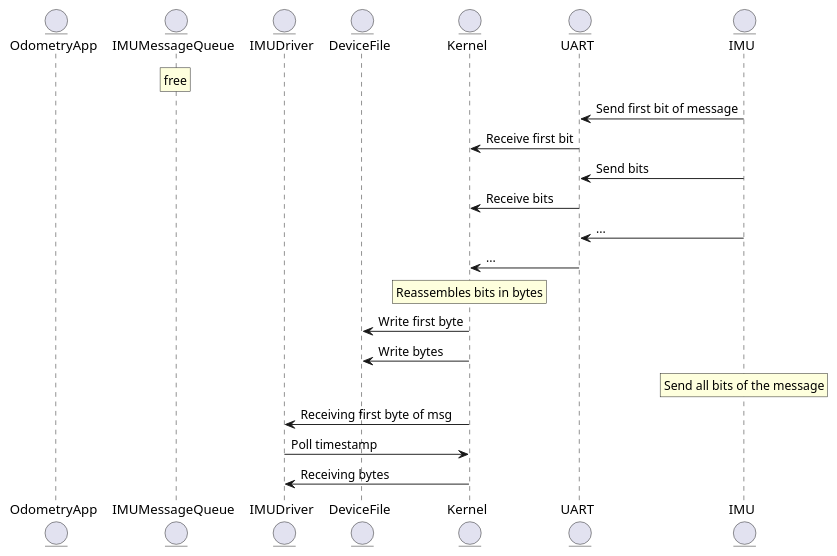
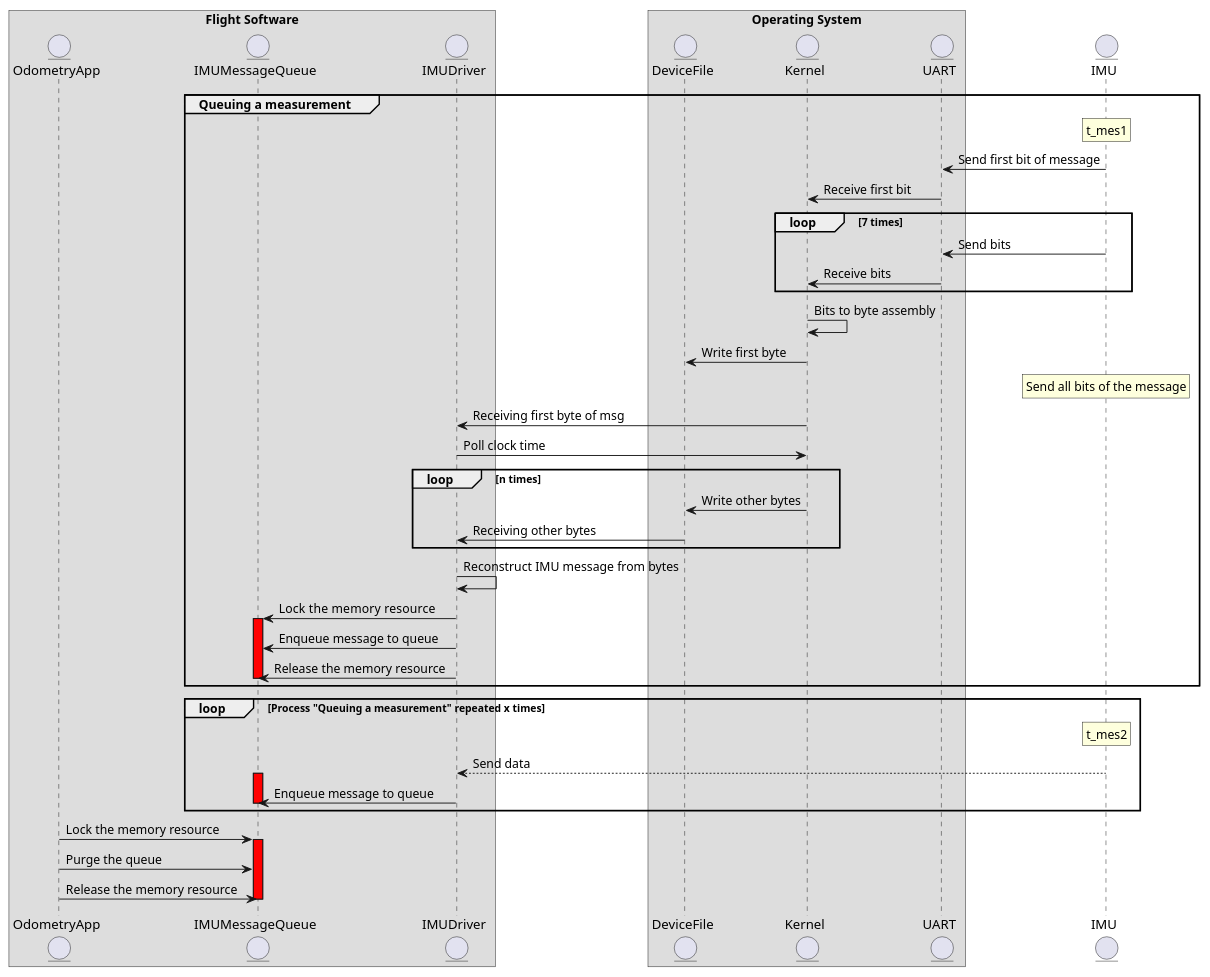
Before and after one commit to renn0xtek9/assignment: the diagram in documentation/requirements_engineering/diagrams/high_level_sys_overview.plantuml, drawn with PlantUML. The commit also changed 8 other files, not shown here.

```diff
--- a/documentation/requirements_engineering/diagrams/high_level_sys_overview.plantuml
+++ b/documentation/requirements_engineering/diagrams/high_level_sys_overview.plantuml
@@ -1,38 +1,65 @@
 @startuml
+box Flight Software
+    entity OdometryApp
+    entity IMUMessageQueue
+    entity IMUDriver
+end box
 
-entity OdometryApp
-entity IMUMessageQueue
-entity IMUDriver
-entity DeviceFile
-entity Kernel
-entity UART
+box Operating System
+    entity DeviceFile
+    entity Kernel
+    entity UART
+end box
 entity IMU
 
-rnote over IMUMessageQueue
-    free
-endrnote
+group Queuing a measurement
+    rnote over IMU
+        t_mes1
+    endrnote
+    IMU -> UART: Send first bit of message
+    UART -> Kernel: Receive first bit
+    loop 7 times
+        IMU -> UART: Send bits
+        UART -> Kernel: Receive bits
+    end
 
-IMU -> UART: Send first bit of message
-UART -> Kernel: Receive first bit
-IMU -> UART: Send bits
-UART -> Kernel: Receive bits
-IMU -> UART: ...
-UART -> Kernel: ...
+    Kernel -> Kernel: Bits to byte assembly
 
-rnote over Kernel
-    Reassembles bits in bytes
-endrnote
-Kernel -> DeviceFile: Write first byte
-Kernel -> DeviceFile: Write bytes
+    Kernel -> DeviceFile: Write first byte
 
-rnote over IMU
-    Send all bits of the message
-endrnote
+    rnote over IMU
+        Send all bits of the message
+    endrnote
 
-Kernel -> IMUDriver: Receiving first byte of msg
-IMUDriver -> Kernel: Poll timestamp
-Kernel -> IMUDriver: Receiving bytes
+    Kernel -> IMUDriver: Receiving first byte of msg
+    IMUDriver -> Kernel: Poll clock time
+    loop n times
+        Kernel -> DeviceFile: Write other bytes
+        DeviceFile -> IMUDriver: Receiving other bytes
+    end
+    IMUDriver ->IMUDriver: Reconstruct IMU message from bytes
+    IMUDriver -> IMUMessageQueue: Lock the  memory resource
+    activate IMUMessageQueue #Red
+    IMUDriver -> IMUMessageQueue: Enqueue message to queue
+    IMUDriver -> IMUMessageQueue: Release the memory resource
+    deactivate IMUMessageQueue
+end
 
+loop Process "Queuing a measurement" repeated x times
+    rnote over IMU
+        t_mes2
+    endrnote
+    IMU --> IMUDriver: Send data
 
+    activate IMUMessageQueue #Red
+    IMUDriver -> IMUMessageQueue: Enqueue message to queue
+    deactivate IMUMessageQueue
+end
+
+OdometryApp -> IMUMessageQueue: Lock the memory resource
+activate IMUMessageQueue #Red
+OdometryApp -> IMUMessageQueue: Purge the queue
+OdometryApp -> IMUMessageQueue: Release the memory resource
+deactivate IMUMessageQueue
 
 @enduml
```
